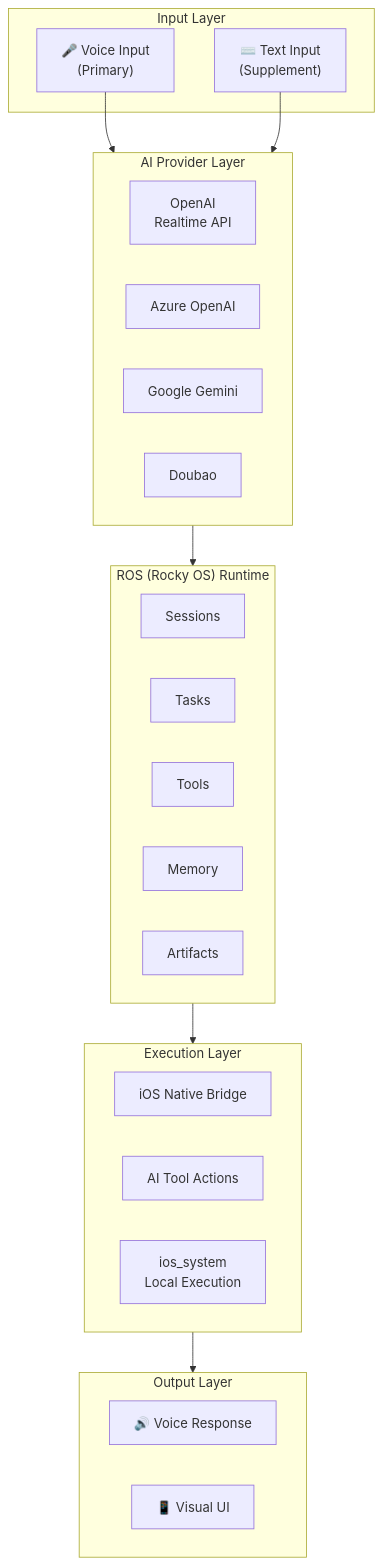
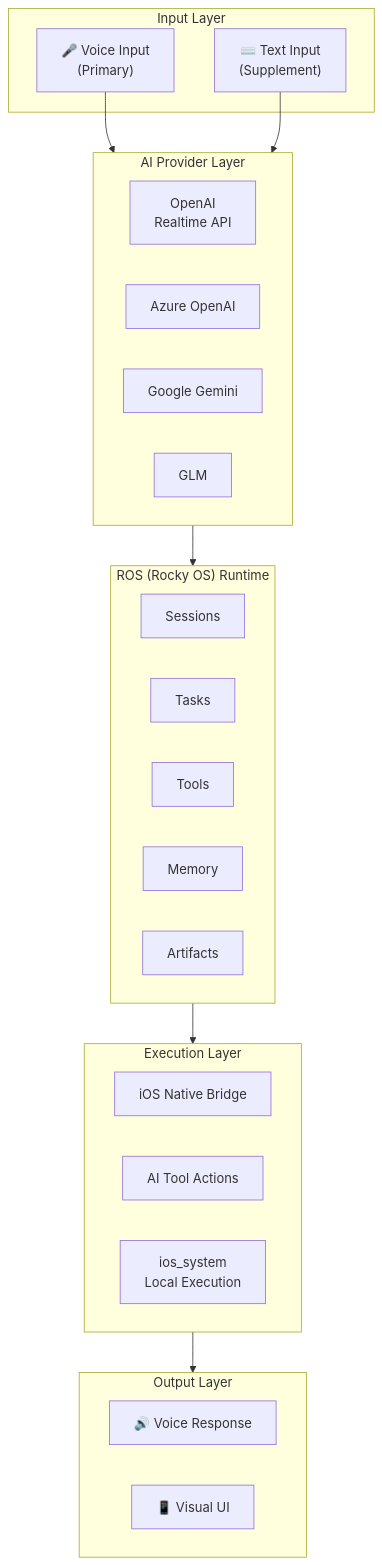
One commit to openrocky/openrocky.github.io changed the first of 4 diagrams in docs/architecture.md. Above: the diagram before and after it, drawn with Mermaid. The commit also changed other lines of this file and 7 other files, not shown here.

````diff
--- a/docs/architecture.md
+++ b/docs/architecture.md
@@ -13,39 +13,39 @@
 ```mermaid
 graph TB
     subgraph Input["Input Layer"]
         Voice["🎤 Voice Input<br/>(Primary)"]
         Text["⌨️ Text Input<br/>(Supplement)"]
     end
 
     subgraph Provider["AI Provider Layer"]
         OpenAI["OpenAI<br/>Realtime API"]
         Azure["Azure OpenAI"]
         Gemini["Google Gemini"]
-        Doubao["Doubao"]
+        GLM["GLM"]
     end
 
     subgraph ROS["ROS (Rocky OS) Runtime"]
         Session["Sessions"]
         Task["Tasks"]
         Tools["Tools"]
         Memory["Memory"]
         Artifacts["Artifacts"]
     end
 
     subgraph Execution["Execution Layer"]
         Bridge["iOS Native Bridge"]
         AITool["AI Tool Actions"]
         Local["ios_system<br/>Local Execution"]
     end
 
     subgraph Output["Output Layer"]
         VoiceOut["🔊 Voice Response"]
         Visual["📱 Visual UI"]
     end
 
     Voice --> Provider
     Text --> Provider
     Provider --> ROS
     ROS --> Execution
     Execution --> Output
 ```
````
